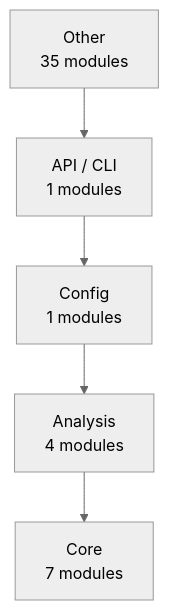
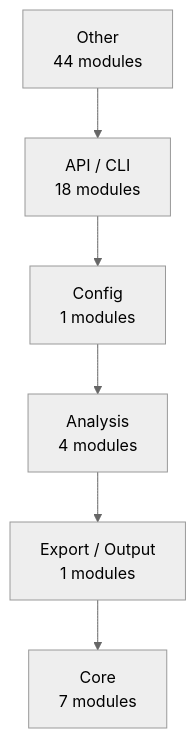
The first of 3 diagrams in docs/architecture.md (wronai/fixos), drawn with Mermaid (neutral theme) before and after one commit. The commit also changed other lines of this file and 56 other files, not shown here.

````diff
--- a/docs/architecture.md
+++ b/docs/architecture.md
@@ -39,12 +39,14 @@
 ```mermaid
 graph TD
-    Other["Other<br/>35 modules"]
-    API___CLI["API / CLI<br/>1 modules"]
+    Other["Other<br/>44 modules"]
+    API___CLI["API / CLI<br/>18 modules"]
     Config["Config<br/>1 modules"]
     Analysis["Analysis<br/>4 modules"]
+    Export___Output["Export / Output<br/>1 modules"]
     Core["Core<br/>7 modules"]
     Other --> API___CLI
     API___CLI --> Config
     Config --> Analysis
-    Analysis --> Core
+    Analysis --> Export___Output
+    Export___Output --> Core
 ```
````
